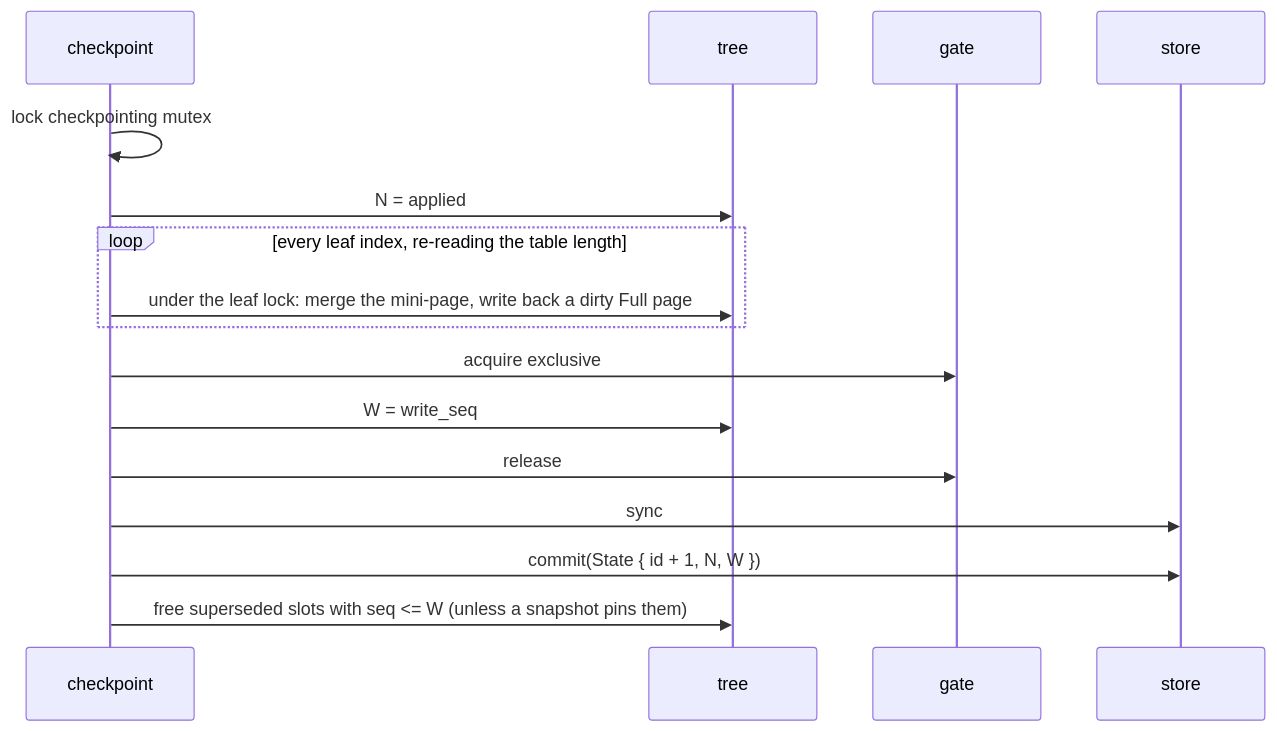
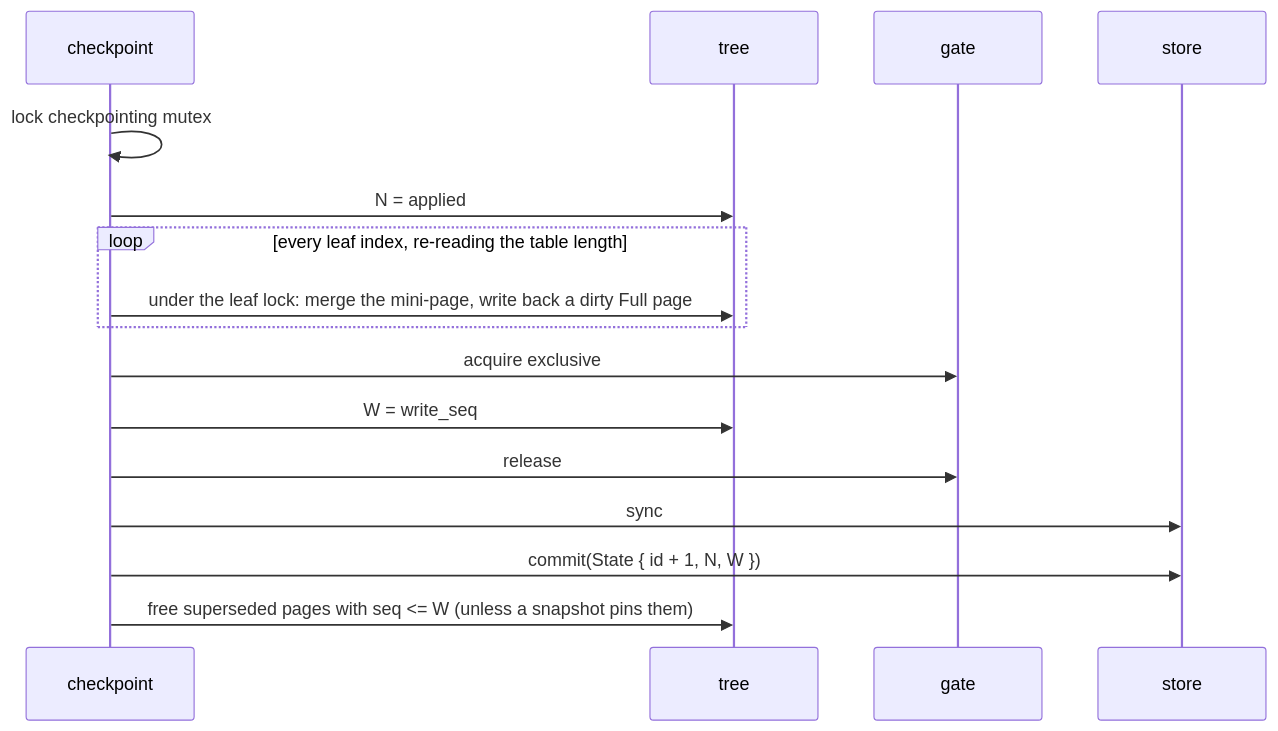
The first of 2 diagrams in docs/plans/0018-bf-tree-checkpoint.md (raydatray/peppydb), drawn with Mermaid before and after one commit. The commit also changed other lines of this file, not shown here.

````diff
--- a/docs/plans/0018-bf-tree-checkpoint.md
+++ b/docs/plans/0018-bf-tree-checkpoint.md
@@ -172,18 +174,18 @@
 ```mermaid
 sequenceDiagram
     participant K as checkpoint
     participant T as tree
     participant G as gate
     participant S as store
     K->>K: lock checkpointing mutex
     K->>T: N = applied
     loop every leaf index, re-reading the table length
         K->>T: under the leaf lock: merge the mini-page, write back a dirty Full page
     end
     K->>G: acquire exclusive
     K->>T: W = write_seq
     K->>G: release
     K->>S: sync
     K->>S: commit(State { id + 1, N, W })
-    K->>T: free superseded slots with seq <= W (unless a snapshot pins them)
+    K->>T: free superseded pages with seq <= W (unless a snapshot pins them)
 ```
````
